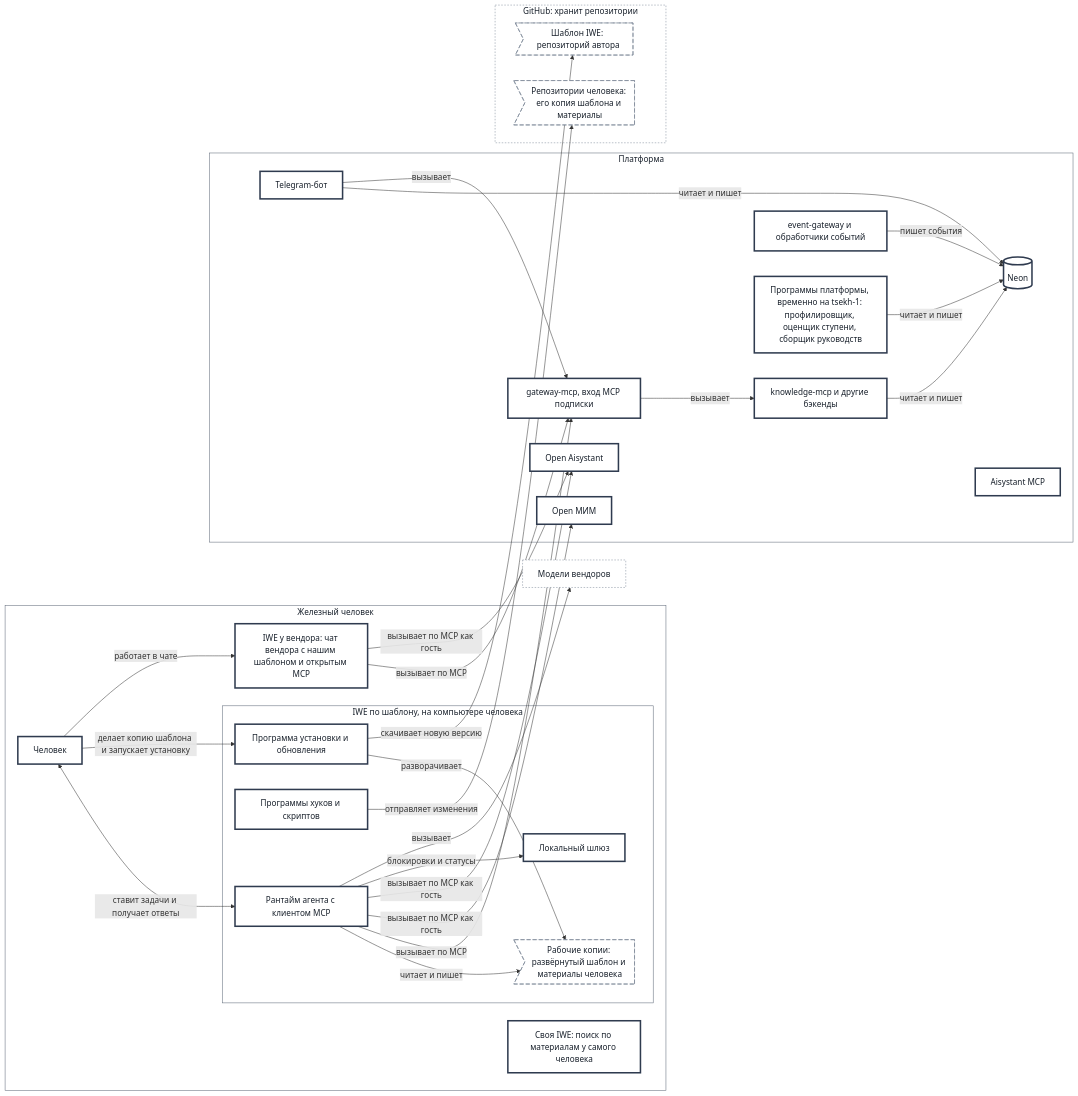
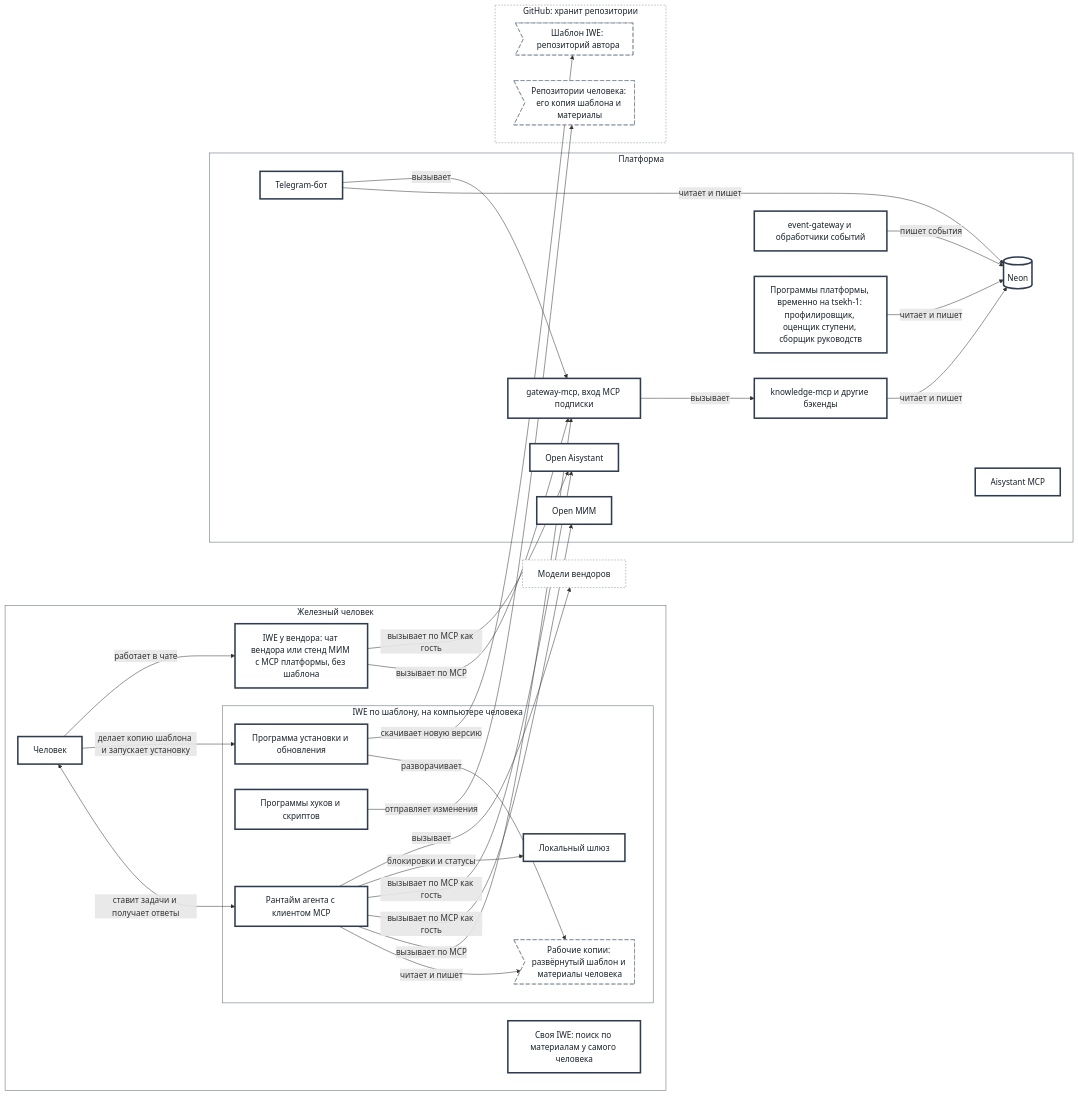
Before and after one commit to MimEcoSys/PACK-digital-platform: the second of 2 diagrams in pack/digital-platform/02-domain-entities/DP.ARCH.001-platform-architecture.md, drawn with Mermaid. The commit also changed other lines of this file and 3 other files, not shown here.

````diff
--- a/pack/digital-platform/02-domain-entities/DP.ARCH.001-platform-architecture.md
+++ b/pack/digital-platform/02-domain-entities/DP.ARCH.001-platform-architecture.md
@@ -225,57 +246,57 @@
 ```mermaid
 flowchart LR
   classDef sys fill:#ffffff,stroke:#2f3b4f,stroke-width:3px,color:#18202b
   classDef env fill:#ffffff,stroke:#7a8494,stroke-width:1px,stroke-dasharray:3 3,color:#18202b
   classDef doc fill:#ffffff,stroke:#7a8494,stroke-width:1px,stroke-dasharray:8 4,color:#18202b
   subgraph IH["Железный человек"]
     H["Человек"]:::sys
     subgraph IWE2["IWE по шаблону, на компьютере человека"]
       RT["Рантайм агента с клиентом MCP"]:::sys
       LG["Локальный шлюз"]:::sys
       SCR["Программы хуков и скриптов"]:::sys
       UPD["Программа установки и обновления"]:::sys
       LC>"Рабочие копии: развёрнутый шаблон и материалы человека"]:::doc
     end
-    VC["IWE у вендора: чат вендора с нашим шаблоном и открытым MCP"]:::sys
+    VC["IWE у вендора: чат вендора или стенд МИМ с MCP платформы, без шаблона"]:::sys
     OWN["Своя IWE: поиск по материалам у самого человека"]:::sys
   end
   subgraph P["Платформа"]
     GW["gateway-mcp, вход MCP подписки"]:::sys
     KN["knowledge-mcp и другие бэкенды"]:::sys
     BOT["Telegram-бот"]:::sys
     EV["event-gateway и обработчики событий"]:::sys
     DB[("Neon")]:::sys
     TS["Программы платформы, временно на tsekh-1: профилировщик, оценщик ступени, сборщик руководств"]:::sys
     OPEN["Open МИМ"]:::sys
     OPA["Open Aisystant"]:::sys
     AIM["Aisystant MCP"]:::sys
   end
   subgraph GHB["GitHub: хранит репозитории"]
     T>"Шаблон IWE: репозиторий автора"]:::doc
     UR>"Репозитории человека: его копия шаблона и материалы"]:::doc
   end
   MODEL["Модели вендоров"]:::env
   H <-->|ставит задачи и получает ответы| RT
   H -->|делает копию шаблона и запускает установку| UPD
   H -->|работает в чате| VC
   RT -->|читает и пишет| LC
   RT -->|вызывает по MCP| GW
   RT -->|вызывает по MCP как гость| OPEN
   RT -->|вызывает по MCP как гость| OPA
   RT -->|блокировки и статусы| LG
   RT -->|вызывает| MODEL
   VC -->|вызывает по MCP| GW
   VC -->|вызывает по MCP как гость| OPA
   UPD -->|разворачивает| LC
   UPD -->|скачивает новую версию| T
   SCR -->|отправляет изменения| UR
   GW -->|вызывает| KN -->|читает и пишет| DB
   BOT -->|читает и пишет| DB
   BOT -->|вызывает| GW
   EV -->|пишет события| DB
   TS -->|читает и пишет| DB
   style IH fill:#ffffff,stroke:#5a6575,color:#18202b
   style IWE2 fill:#ffffff,stroke:#5a6575,color:#18202b
   style P fill:#ffffff,stroke:#5a6575,color:#18202b
   style GHB fill:#ffffff,stroke:#7a8494,stroke-dasharray:3 3,color:#18202b
 ```
````
